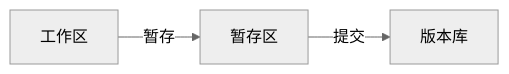
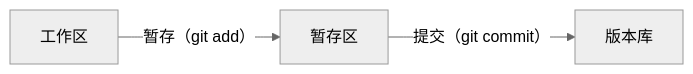
Before and after one commit to chensk1999/note: the diagram in toolkit/git.md, drawn with Mermaid (neutral theme). The commit also changed other lines of this file and 2 other files, not shown here.

````diff
--- a/toolkit/git.md
+++ b/toolkit/git.md
@@ -7,4 +7,4 @@
 ```mermaid
  graph LR
-    工作区 --暂存--> 暂存区 --提交-->版本库
+    工作区 --暂存（git add）--> 暂存区 --提交（git commit）-->版本库
 ```
````
